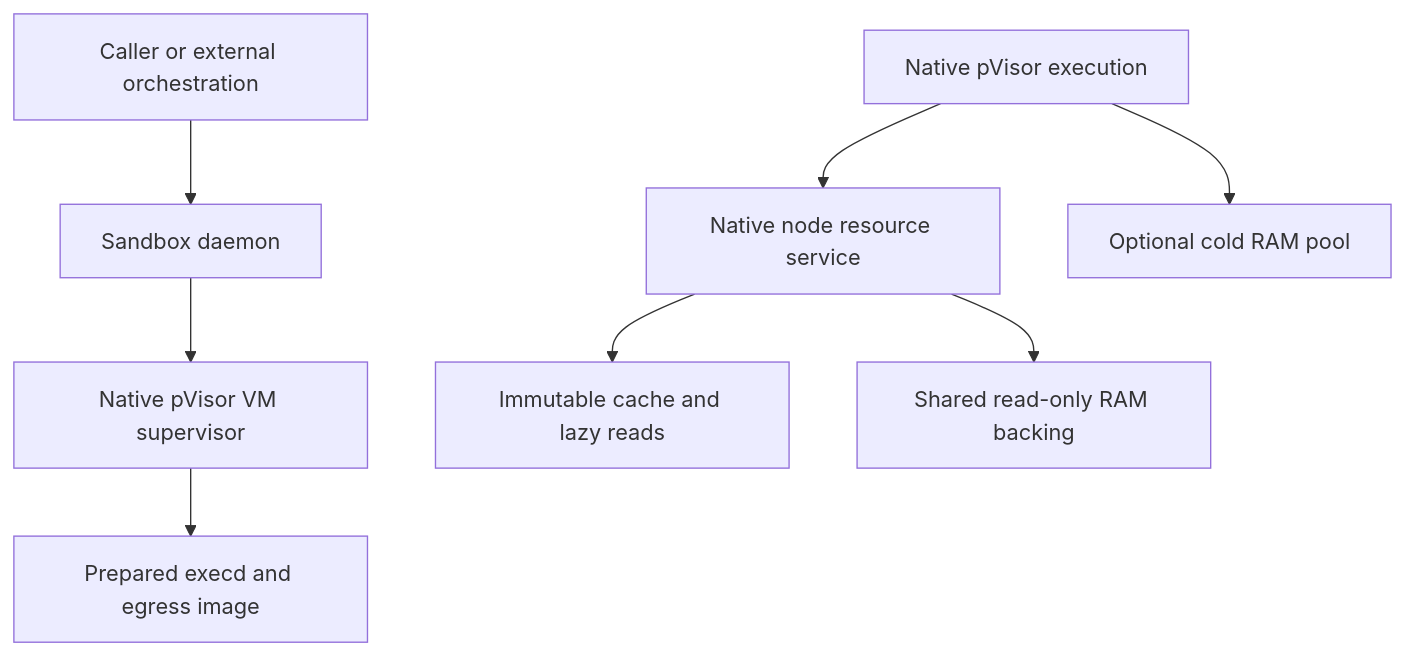
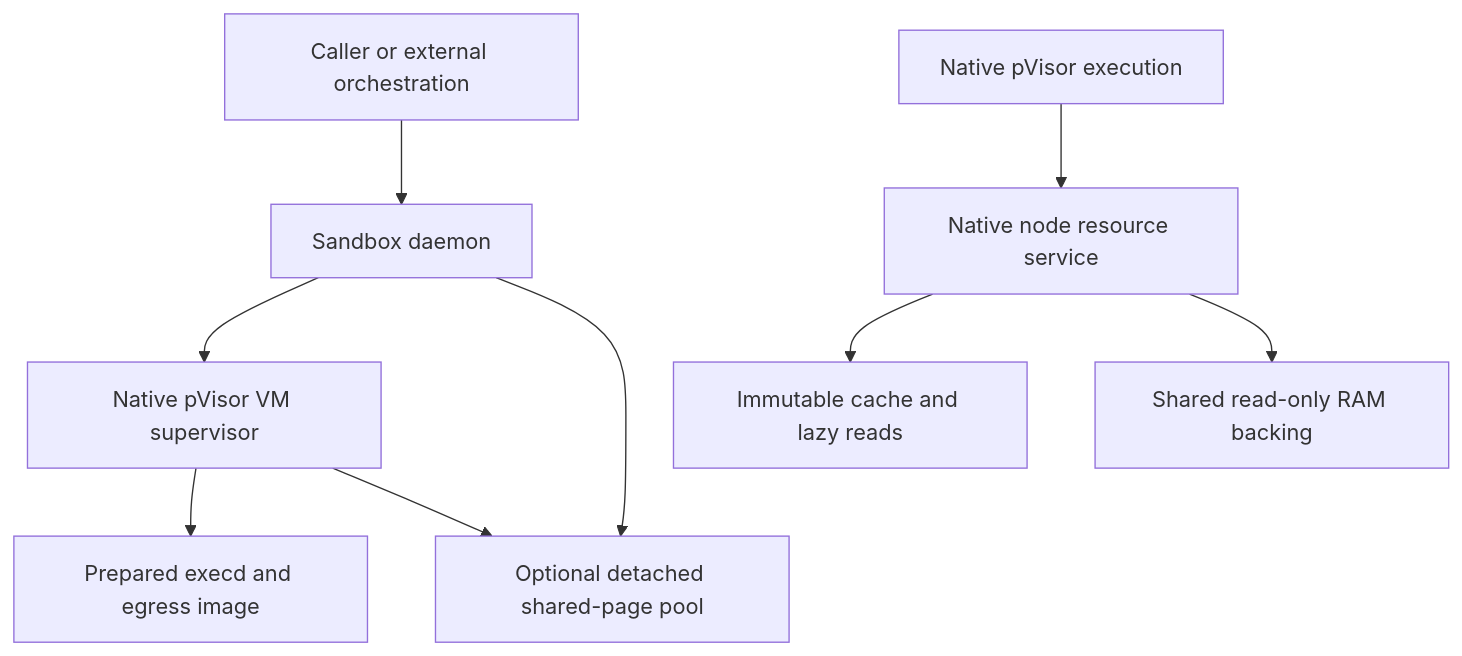
Before and after one commit to DeepLink-org/pvisor: the diagram in docs/src/en/design/daemon/responsibility-convergence.md, drawn with Mermaid. The commit also changed other lines of this file and 76 other files, not shown here.

````diff
--- a/docs/src/en/design/daemon/responsibility-convergence.md
+++ b/docs/src/en/design/daemon/responsibility-convergence.md
@@ -18,10 +18,11 @@
 ```mermaid
 flowchart TB
     Caller[Caller or external orchestration] --> Daemon[Sandbox daemon]
     Daemon --> Supervisor[Native pVisor VM supervisor]
     Supervisor --> Image[Prepared execd and egress image]
     Native[Native pVisor execution] --> Node[Native node resource service]
     Node --> Cache[Immutable cache and lazy reads]
     Node --> RAM[Shared read-only RAM backing]
-    Native --> Pool[Optional cold RAM pool]
+    Daemon --> Pool[Optional detached shared-page pool]
+    Supervisor --> Pool
 ```
````
